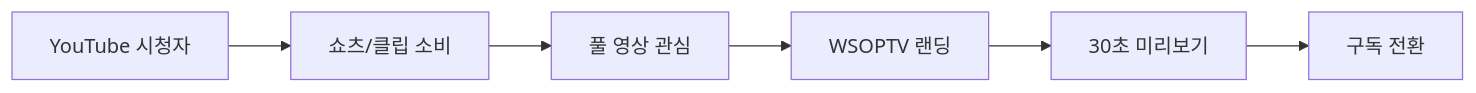
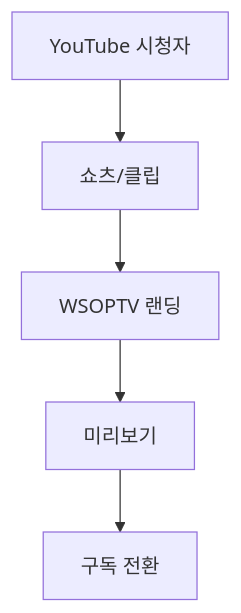
Before and after one commit to garimto81/wsoptv_v2: the third of 7 diagrams in tasks/prds/0010-prd-wsoptv/03-content-strategy.md, drawn with Mermaid. The commit also changed other lines of this file, not shown here.

````diff
--- a/tasks/prds/0010-prd-wsoptv/03-content-strategy.md
+++ b/tasks/prds/0010-prd-wsoptv/03-content-strategy.md
@@ -60,8 +74,7 @@
 ```mermaid
-flowchart LR
-    A["YouTube 시청자"] --> B["쇼츠/클립 소비"]
-    B --> C["풀 영상 관심"]
-    C --> D["WSOPTV 랜딩"]
-    D --> E["30초 미리보기"]
-    E --> F["구독 전환"]
+flowchart TB
+    A["YouTube 시청자"] --> B["쇼츠/클립"]
+    B --> C["WSOPTV 랜딩"]
+    C --> D["미리보기"]
+    D --> E["구독 전환"]
 ```
````
